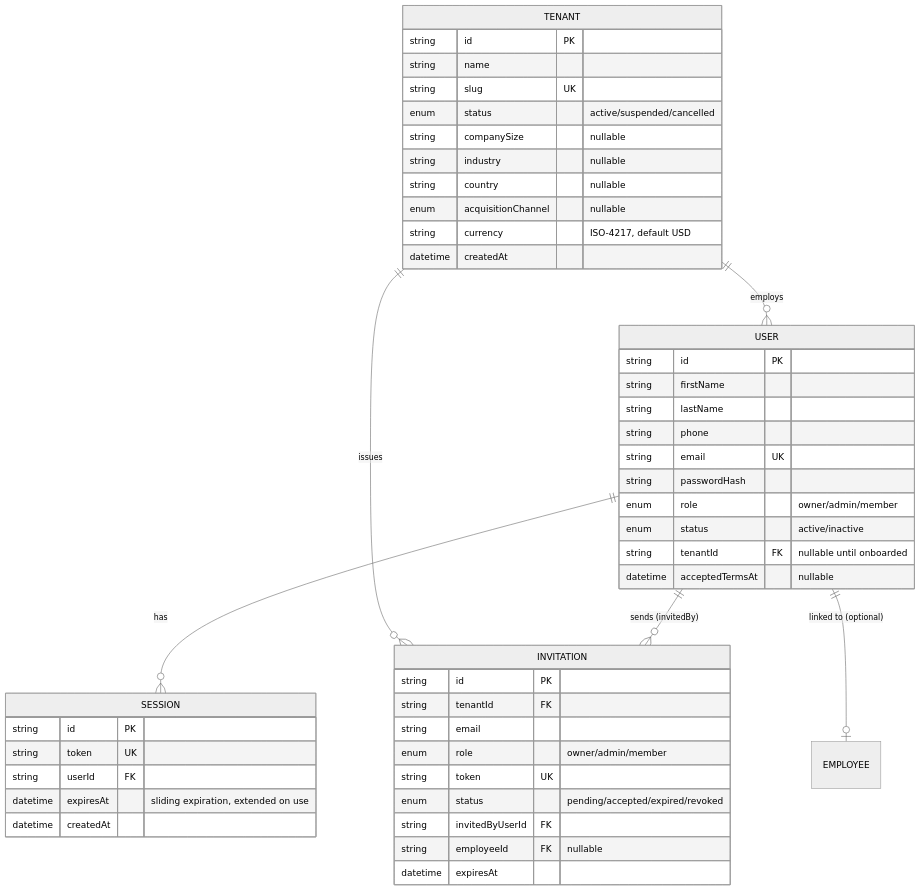
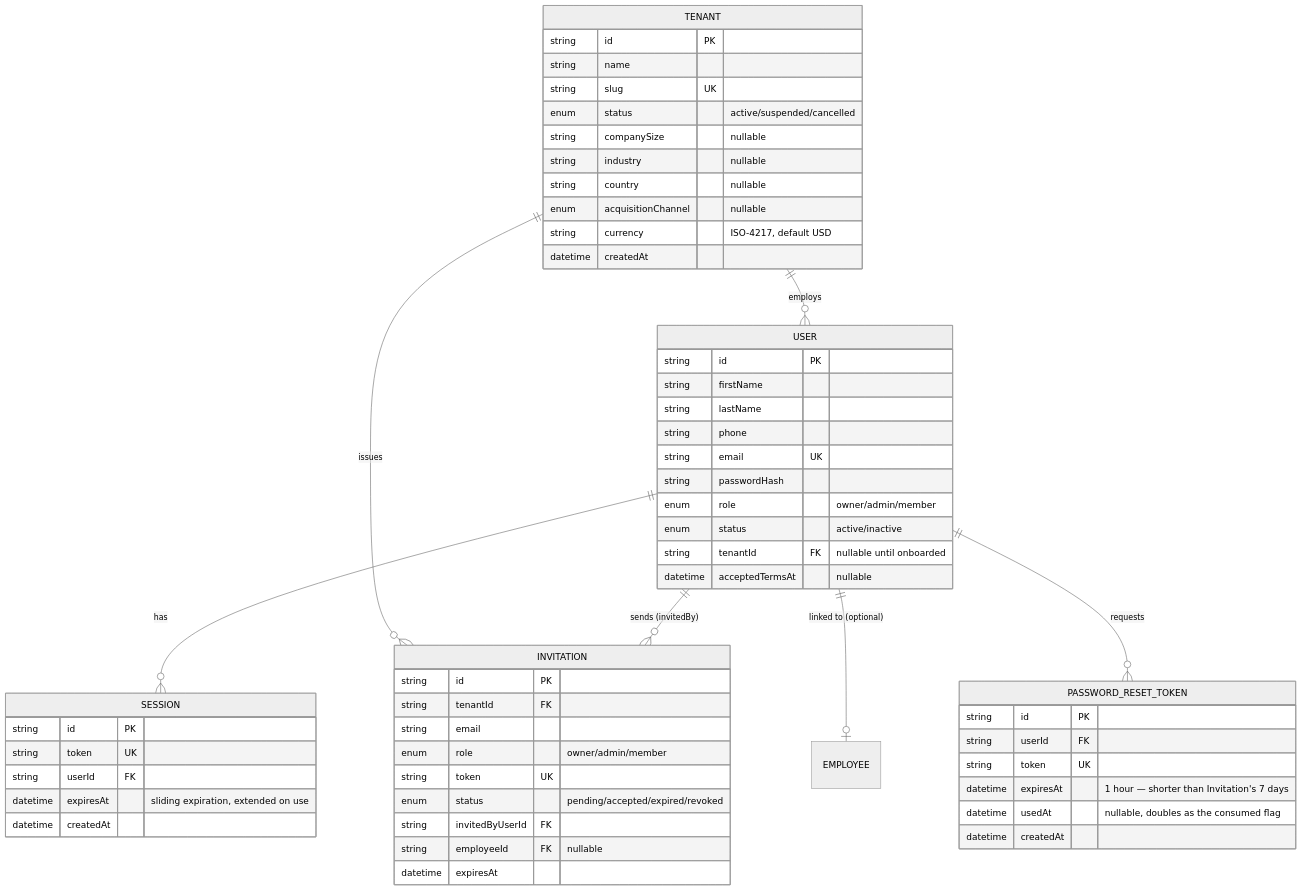
Before and after one commit to ABravo2025/northstack: the first of 7 diagrams in docs/database-schema.md, drawn with Mermaid (neutral theme). The commit also changed other lines of this file and 13 other files, not shown here.

First line of the commit message:
Add "Forgot your password?" magic-link reset flow

````diff
--- a/docs/database-schema.md
+++ b/docs/database-schema.md
@@ -21,51 +21,60 @@
 ```mermaid
 erDiagram
     TENANT ||--o{ USER : "employs"
     TENANT ||--o{ INVITATION : "issues"
     USER ||--o{ SESSION : "has"
     USER ||--o{ INVITATION : "sends (invitedBy)"
     USER ||--o| EMPLOYEE : "linked to (optional)"
+    USER ||--o{ PASSWORD_RESET_TOKEN : "requests"
 
     TENANT {
         string id PK
         string name
         string slug UK
         enum status "active/suspended/cancelled"
         string companySize "nullable"
         string industry "nullable"
         string country "nullable"
         enum acquisitionChannel "nullable"
         string currency "ISO-4217, default USD"
         datetime createdAt
     }
     USER {
         string id PK
         string firstName
         string lastName
         string phone
         string email UK
         string passwordHash
         enum role "owner/admin/member"
         enum status "active/inactive"
         string tenantId FK "nullable until onboarded"
         datetime acceptedTermsAt "nullable"
     }
     SESSION {
         string id PK
         string token UK
         string userId FK
         datetime expiresAt "sliding expiration, extended on use"
         datetime createdAt
     }
     INVITATION {
         string id PK
         string tenantId FK
         string email
         enum role "owner/admin/member"
         string token UK
         enum status "pending/accepted/expired/revoked"
         string invitedByUserId FK
         string employeeId FK "nullable"
         datetime expiresAt
     }
+    PASSWORD_RESET_TOKEN {
+        string id PK
+        string userId FK
+        string token UK
+        datetime expiresAt "1 hour — shorter than Invitation's 7 days"
+        datetime usedAt "nullable, doubles as the consumed flag"
+        datetime createdAt
+    }
 ```
````
